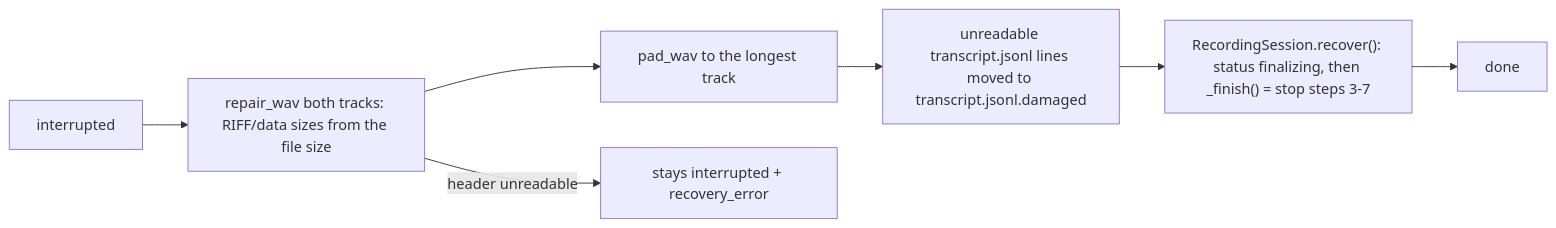
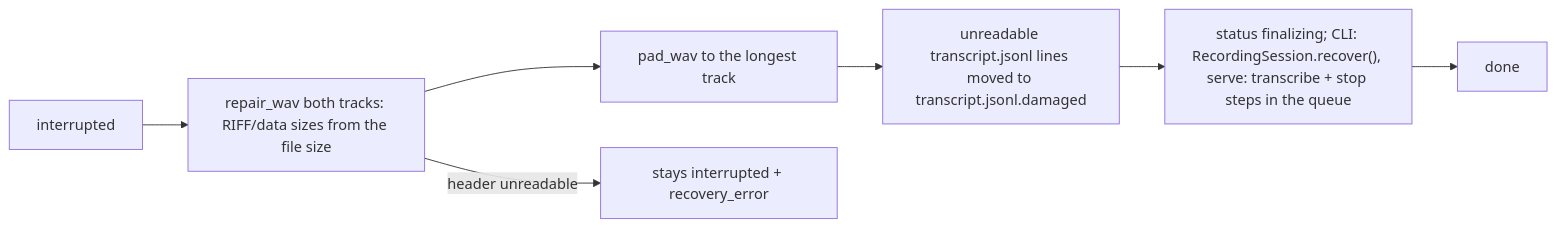
One commit to laquilas/VozAta changed the second of 3 diagrams in docs/roadmap/architecture.md. Above: the diagram before and after it, drawn with Mermaid. The commit also changed other lines of this file and 26 other files, not shown here.

````diff
--- a/docs/roadmap/architecture.md
+++ b/docs/roadmap/architecture.md
@@ -404,9 +418,9 @@
 ```mermaid
 graph LR
   I[interrupted] --> R[repair_wav both tracks: RIFF/data sizes from the file size]
   R --> P[pad_wav to the longest track]
   P --> T[unreadable transcript.jsonl lines moved to transcript.jsonl.damaged]
-  T --> F["RecordingSession.recover(): status finalizing, then _finish() = stop steps 3-7"]
+  T --> F["status finalizing; CLI: RecordingSession.recover(), serve: transcribe + stop steps in the queue"]
   F --> D[done]
   R -- header unreadable --> E[stays interrupted + recovery_error]
 ```
````
